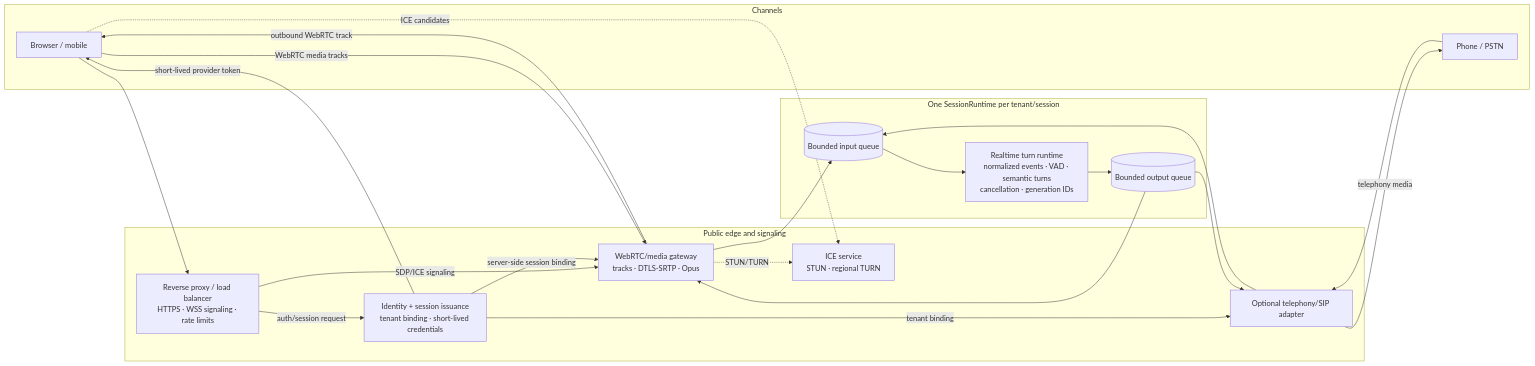
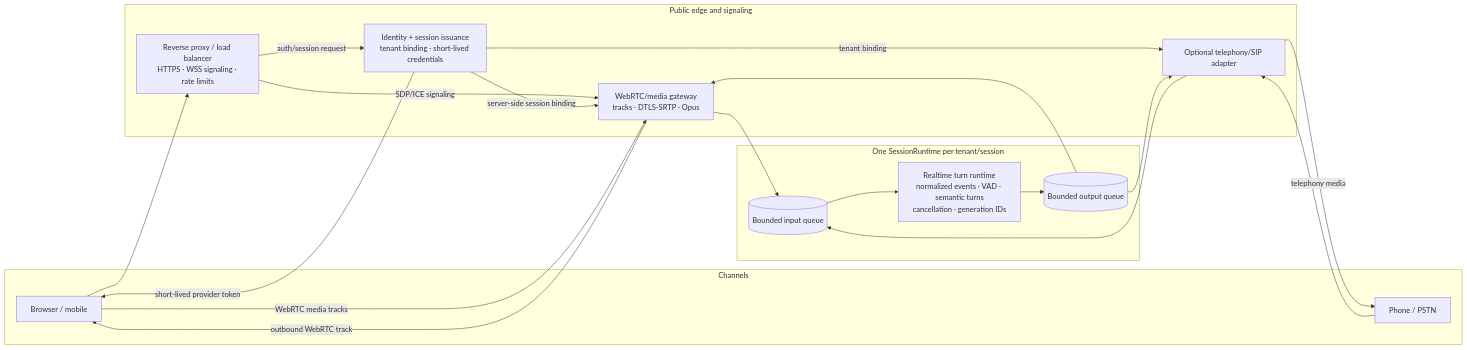
The first of 3 diagrams in docs/voice-agent-architecture-print-diagrams.md (d-schneid/voice-agents), drawn with Mermaid before and after one commit. The commit also changed other lines of this file, not shown here.

Commit message:
Make print diagrams horizontal

````diff
--- a/docs/voice-agent-architecture-print-diagrams.md
+++ b/docs/voice-agent-architecture-print-diagrams.md
@@ -10,40 +10,37 @@
 ```mermaid
 flowchart LR
     subgraph CLIENTS[Channels]
         B[Browser / mobile]
         PH[Phone / PSTN]
     end
 
     subgraph EDGE[Public edge and signaling]
         G[Reverse proxy / load balancer<br/>HTTPS · WSS signaling · rate limits]
         ID[Identity + session issuance<br/>tenant binding · short-lived credentials]
-        ICE[ICE service<br/>STUN · regional TURN]
         AD[WebRTC/media gateway<br/>tracks · DTLS-SRTP · Opus]
         TEL[Optional telephony/SIP adapter]
     end
 
     subgraph RUNTIME[One SessionRuntime per tenant/session]
         IQ[(Bounded input queue)]
         RT[Realtime turn runtime<br/>normalized events · VAD · semantic turns<br/>cancellation · generation IDs]
         OQ[(Bounded output queue)]
     end
 
     B --> G
     G -->|auth/session request| ID
     ID -->|short-lived provider token| B
     G -->|SDP/ICE signaling| AD
     B -->|WebRTC media tracks| AD
-    B -.->|ICE candidates| ICE
-    AD -.->|STUN/TURN| ICE
     ID -->|server-side session binding| AD
     PH --> TEL
     ID -->|tenant binding| TEL
     AD --> IQ
     TEL --> IQ
     IQ --> RT
     RT --> OQ
     OQ --> AD
     AD -->|outbound WebRTC track| B
     OQ --> TEL
     TEL -->|telephony media| PH
 ```
````
